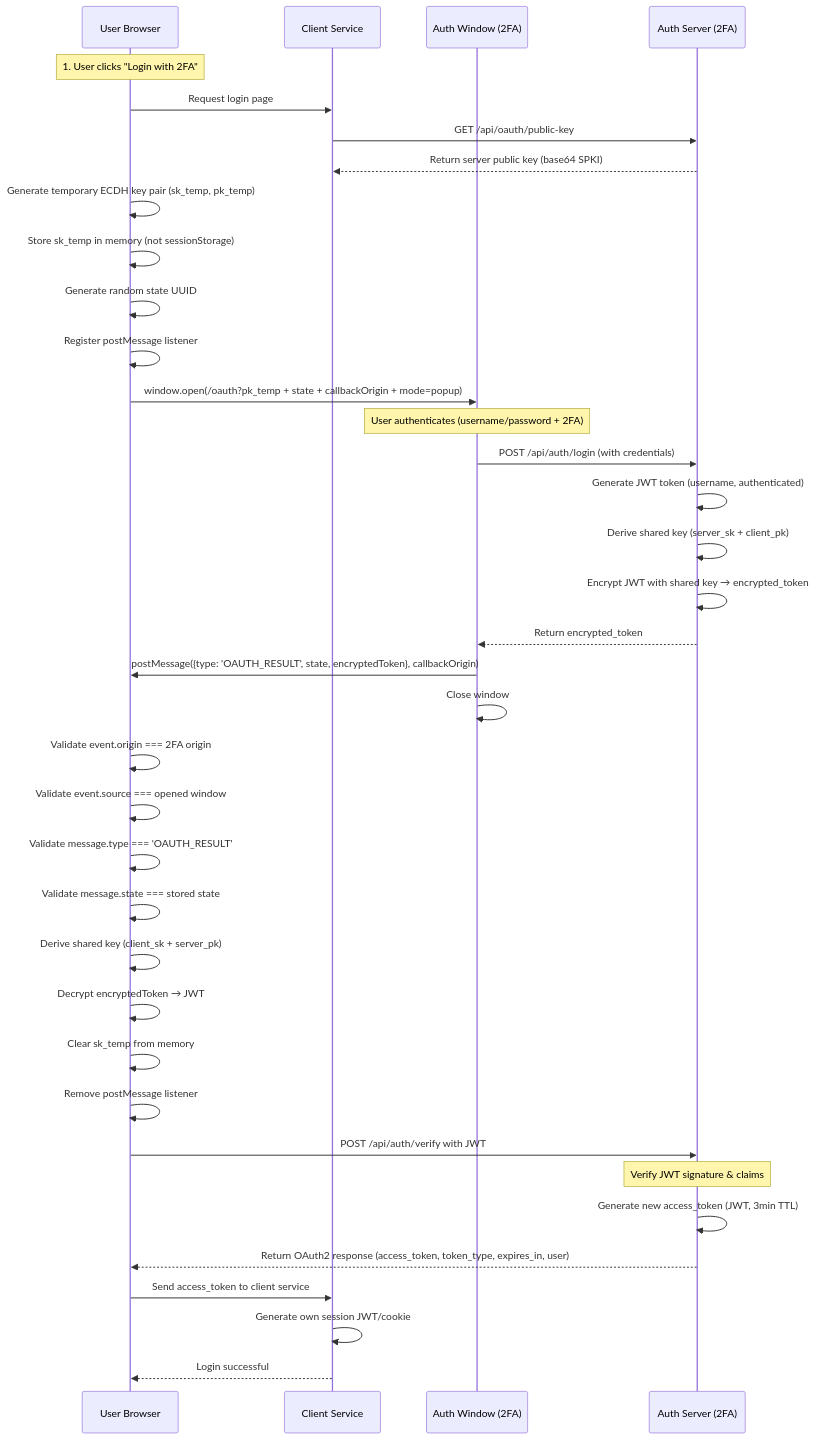
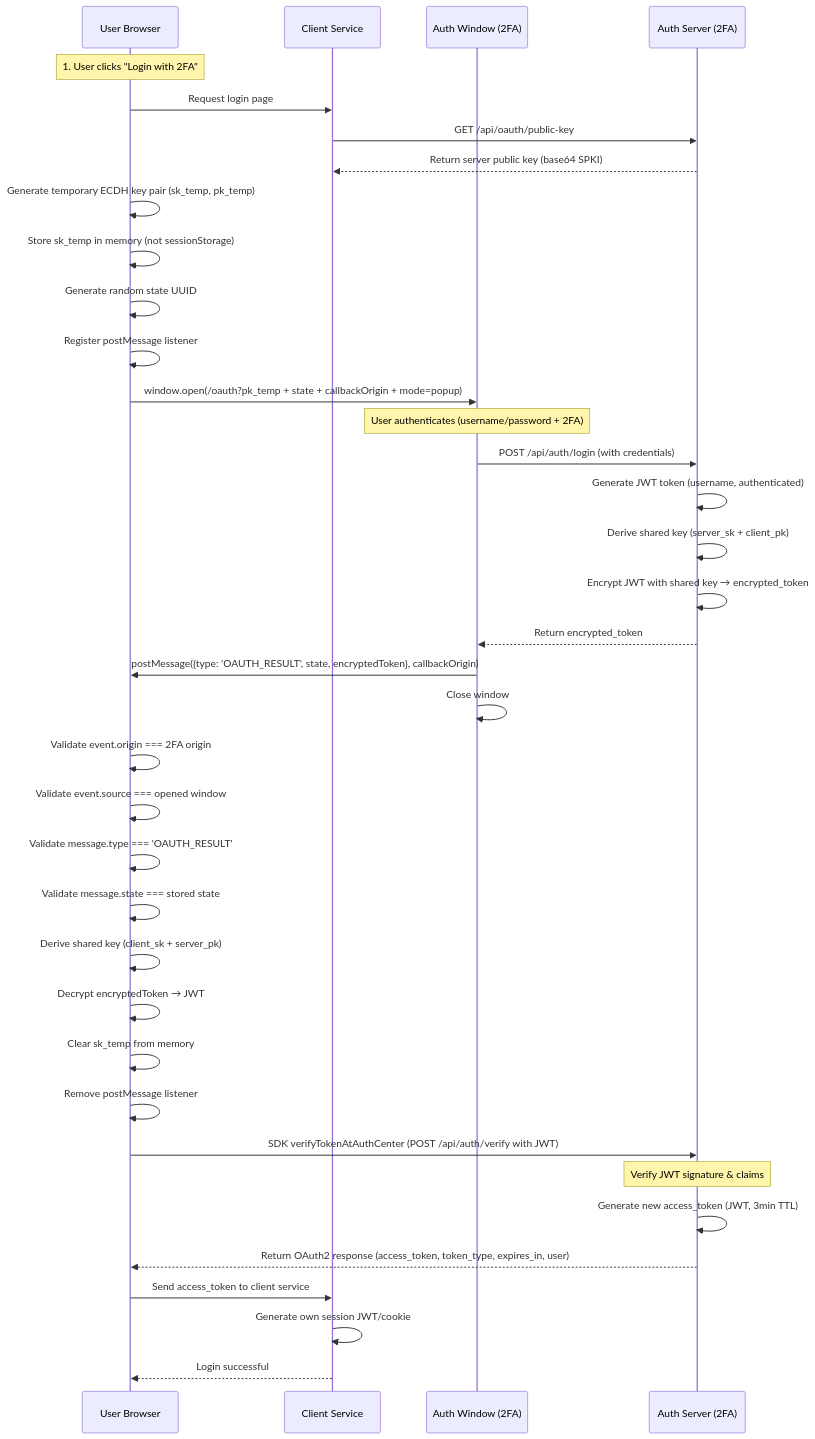
One commit to DavidKk/vercel-2fa changed the first of 2 diagrams in app/oauth/docs/flow.md. Above: the diagram before and after it, drawn with Mermaid. The commit also changed other lines of this file and 7 other files, not shown here.

````diff
--- a/app/oauth/docs/flow.md
+++ b/app/oauth/docs/flow.md
@@ -25,47 +27,47 @@
 ```mermaid
 sequenceDiagram
     participant User as User Browser
     participant Client as Client Service
     participant AuthWindow as Auth Window (2FA)
     participant Auth as Auth Server (2FA)
 
     Note over User: 1. User clicks "Login with 2FA"
 
     User->>Client: Request login page
     Client->>Auth: GET /api/oauth/public-key
     Auth-->>Client: Return server public key (base64 SPKI)
 
     User->>User: Generate temporary ECDH key pair (sk_temp, pk_temp)
     User->>User: Store sk_temp in memory (not sessionStorage)
     User->>User: Generate random state UUID
     User->>User: Register postMessage listener
 
     User->>AuthWindow: window.open(/oauth?pk_temp + state + callbackOrigin + mode=popup)
     Note over AuthWindow: User authenticates (username/password + 2FA)
     AuthWindow->>Auth: POST /api/auth/login (with credentials)
     Auth->>Auth: Generate JWT token (username, authenticated)
     Auth->>Auth: Derive shared key (server_sk + client_pk)
     Auth->>Auth: Encrypt JWT with shared key → encrypted_token
     Auth-->>AuthWindow: Return encrypted_token
 
     AuthWindow->>User: postMessage({type: 'OAUTH_RESULT', state, encryptedToken}, callbackOrigin)
     AuthWindow->>AuthWindow: Close window
 
     User->>User: Validate event.origin === 2FA origin
     User->>User: Validate event.source === opened window
     User->>User: Validate message.type === 'OAUTH_RESULT'
     User->>User: Validate message.state === stored state
     User->>User: Derive shared key (client_sk + server_pk)
     User->>User: Decrypt encryptedToken → JWT
     User->>User: Clear sk_temp from memory
     User->>User: Remove postMessage listener
 
-    User->>Auth: POST /api/auth/verify with JWT
+    User->>Auth: SDK verifyTokenAtAuthCenter (POST /api/auth/verify with JWT)
     Note over Auth: Verify JWT signature & claims
     Auth->>Auth: Generate new access_token (JWT, 3min TTL)
     Auth-->>User: Return OAuth2 response (access_token, token_type, expires_in, user)
 
     User->>Client: Send access_token to client service
     Client->>Client: Generate own session JWT/cookie
     Client-->>User: Login successful
 ```
````
